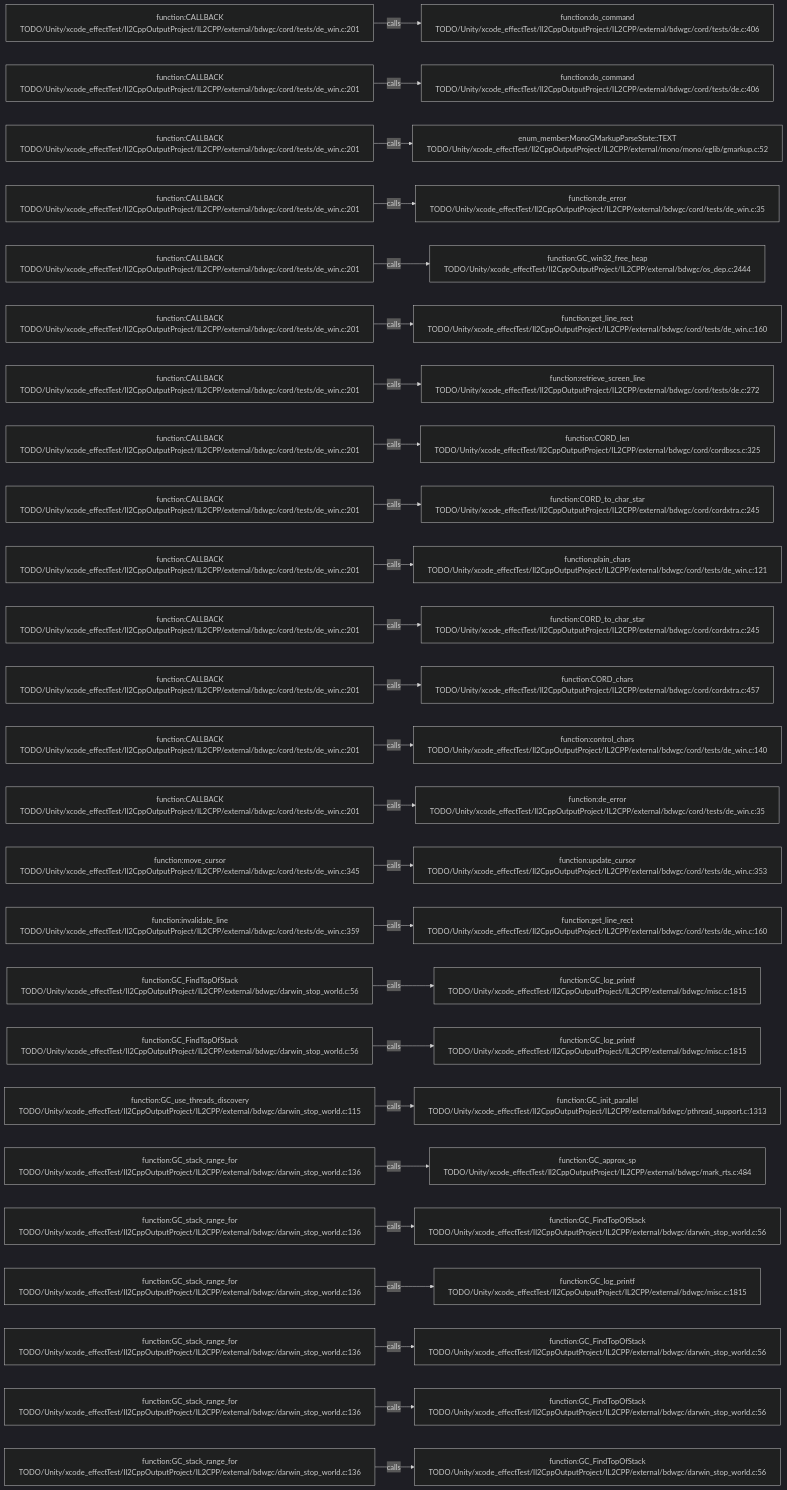
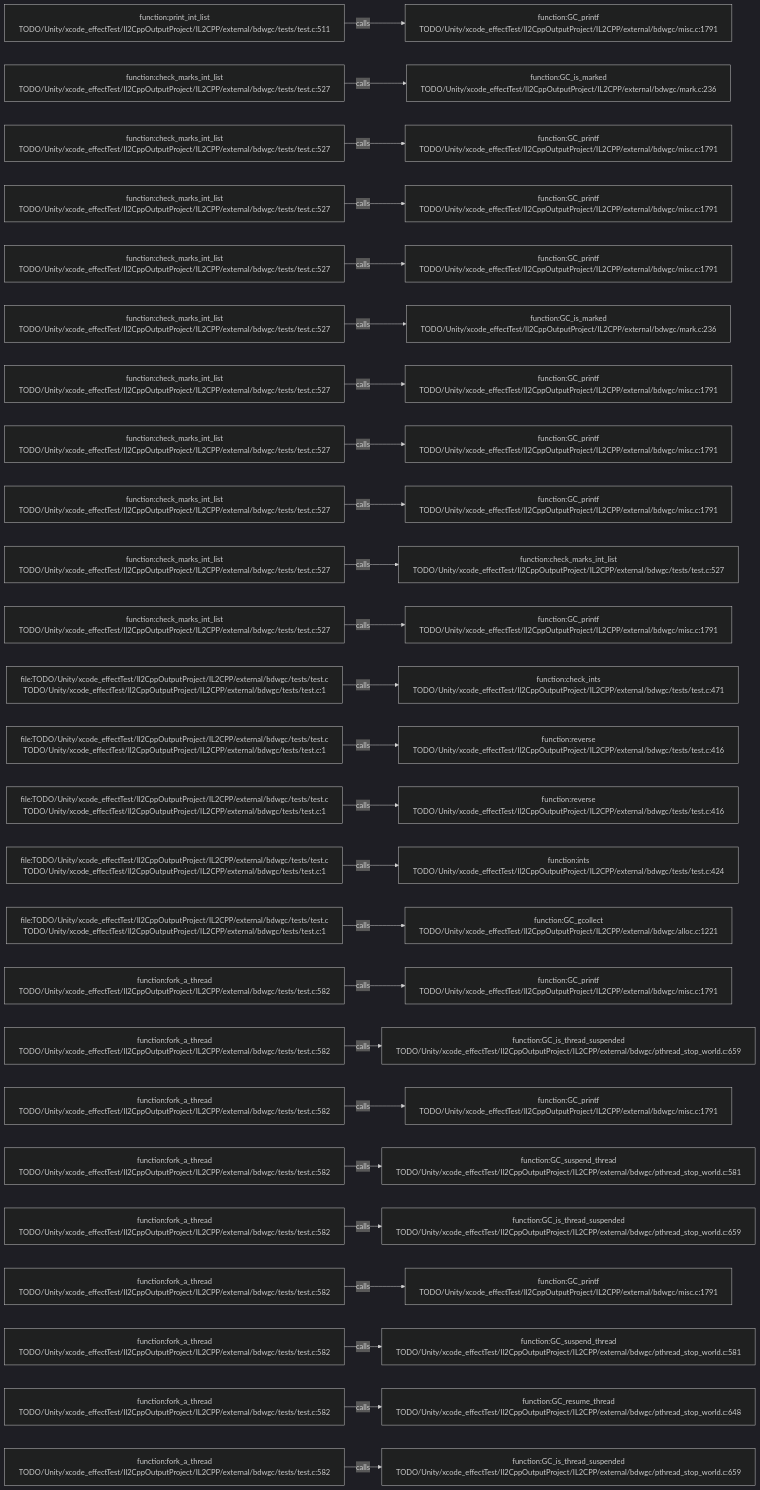
The diagram in .codegraph/codegraph.md/graphs/calls-163.md (JobsKits/JobsSwiftBaseConfigDemo), drawn with Mermaid (dark theme) before and after one commit. The commit also changed 227 other files, not shown here.

````diff
--- a/.codegraph/codegraph.md/graphs/calls-163.md
+++ b/.codegraph/codegraph.md/graphs/calls-163.md
@@ -13,78 +13,78 @@
 ```mermaid
 flowchart LR
-  S1["function:CALLBACK<br/>TODO/Unity/xcode_effectTest/Il2CppOutputProject/IL2CPP/external/bdwgc/cord/tests/de_win.c:201"]
-  T1["function:do_command<br/>TODO/Unity/xcode_effectTest/Il2CppOutputProject/IL2CPP/external/bdwgc/cord/tests/de.c:406"]
+  S1["function:print_int_list<br/>TODO/Unity/xcode_effectTest/Il2CppOutputProject/IL2CPP/external/bdwgc/tests/test.c:511"]
+  T1["function:GC_printf<br/>TODO/Unity/xcode_effectTest/Il2CppOutputProject/IL2CPP/external/bdwgc/misc.c:1791"]
   S1 -->|calls| T1
-  S2["function:CALLBACK<br/>TODO/Unity/xcode_effectTest/Il2CppOutputProject/IL2CPP/external/bdwgc/cord/tests/de_win.c:201"]
-  T2["function:do_command<br/>TODO/Unity/xcode_effectTest/Il2CppOutputProject/IL2CPP/external/bdwgc/cord/tests/de.c:406"]
+  S2["function:check_marks_int_list<br/>TODO/Unity/xcode_effectTest/Il2CppOutputProject/IL2CPP/external/bdwgc/tests/test.c:527"]
+  T2["function:GC_is_marked<br/>TODO/Unity/xcode_effectTest/Il2CppOutputProject/IL2CPP/external/bdwgc/mark.c:236"]
   S2 -->|calls| T2
-  S3["function:CALLBACK<br/>TODO/Unity/xcode_effectTest/Il2CppOutputProject/IL2CPP/external/bdwgc/cord/tests/de_win.c:201"]
-  T3["enum_member:MonoGMarkupParseState::TEXT<br/>TODO/Unity/xcode_effectTest/Il2CppOutputProject/IL2CPP/external/mono/mono/eglib/gmarkup.c:52"]
+  S3["function:check_marks_int_list<br/>TODO/Unity/xcode_effectTest/Il2CppOutputProject/IL2CPP/external/bdwgc/tests/test.c:527"]
+  T3["function:GC_printf<br/>TODO/Unity/xcode_effectTest/Il2CppOutputProject/IL2CPP/external/bdwgc/misc.c:1791"]
   S3 -->|calls| T3
-  S4["function:CALLBACK<br/>TODO/Unity/xcode_effectTest/Il2CppOutputProject/IL2CPP/external/bdwgc/cord/tests/de_win.c:201"]
-  T4["function:de_error<br/>TODO/Unity/xcode_effectTest/Il2CppOutputProject/IL2CPP/external/bdwgc/cord/tests/de_win.c:35"]
+  S4["function:check_marks_int_list<br/>TODO/Unity/xcode_effectTest/Il2CppOutputProject/IL2CPP/external/bdwgc/tests/test.c:527"]
+  T4["function:GC_printf<br/>TODO/Unity/xcode_effectTest/Il2CppOutputProject/IL2CPP/external/bdwgc/misc.c:1791"]
   S4 -->|calls| T4
-  S5["function:CALLBACK<br/>TODO/Unity/xcode_effectTest/Il2CppOutputProject/IL2CPP/external/bdwgc/cord/tests/de_win.c:201"]
-  T5["function:GC_win32_free_heap<br/>TODO/Unity/xcode_effectTest/Il2CppOutputProject/IL2CPP/external/bdwgc/os_dep.c:2444"]
+  S5["function:check_marks_int_list<br/>TODO/Unity/xcode_effectTest/Il2CppOutputProject/IL2CPP/external/bdwgc/tests/test.c:527"]
+  T5["function:GC_printf<br/>TODO/Unity/xcode_effectTest/Il2CppOutputProject/IL2CPP/external/bdwgc/misc.c:1791"]
   S5 -->|calls| T5
-  S6["function:CALLBACK<br/>TODO/Unity/xcode_effectTest/Il2CppOutputProject/IL2CPP/external/bdwgc/cord/tests/de_win.c:201"]
-  T6["function:get_line_rect<br/>TODO/Unity/xcode_effectTest/Il2CppOutputProject/IL2CPP/external/bdwgc/cord/tests/de_win.c:160"]
+  S6["function:check_marks_int_list<br/>TODO/Unity/xcode_effectTest/Il2CppOutputProject/IL2CPP/external/bdwgc/tests/test.c:527"]
+  T6["function:GC_is_marked<br/>TODO/Unity/xcode_effectTest/Il2CppOutputProject/IL2CPP/external/bdwgc/mark.c:236"]
   S6 -->|calls| T6
-  S7["function:CALLBACK<br/>TODO/Unity/xcode_effectTest/Il2CppOutputProject/IL2CPP/external/bdwgc/cord/tests/de_win.c:201"]
-  T7["function:retrieve_screen_line<br/>TODO/Unity/xcode_effectTest/Il2CppOutputProject/IL2CPP/external/bdwgc/cord/tests/de.c:272"]
+  S7["function:check_marks_int_list<br/>TODO/Unity/xcode_effectTest/Il2CppOutputProject/IL2CPP/external/bdwgc/tests/test.c:527"]
+  T7["function:GC_printf<br/>TODO/Unity/xcode_effectTest/Il2CppOutputProject/IL2CPP/external/bdwgc/misc.c:1791"]
   S7 -->|calls| T7
-  S8["function:CALLBACK<br/>TODO/Unity/xcode_effectTest/Il2CppOutputProject/IL2CPP/external/bdwgc/cord/tests/de_win.c:201"]
-  T8["function:CORD_len<br/>TODO/Unity/xcode_effectTest/Il2CppOutputProject/IL2CPP/external/bdwgc/cord/cordbscs.c:325"]
+  S8["function:check_marks_int_list<br/>TODO/Unity/xcode_effectTest/Il2CppOutputProject/IL2CPP/external/bdwgc/tests/test.c:527"]
+  T8["function:GC_printf<br/>TODO/Unity/xcode_effectTest/Il2CppOutputProject/IL2CPP/external/bdwgc/misc.c:1791"]
   S8 -->|calls| T8
-  S9["function:CALLBACK<br/>TODO/Unity/xcode_effectTest/Il2CppOutputProject/IL2CPP/external/bdwgc/cord/tests/de_win.c:201"]
-  T9["function:CORD_to_char_star<br/>TODO/Unity/xcode_effectTest/Il2CppOutputProject/IL2CPP/external/bdwgc/cord/cordxtra.c:245"]
+  S9["function:check_marks_int_list<br/>TODO/Unity/xcode_effectTest/Il2CppOutputProject/IL2CPP/external/bdwgc/tests/test.c:527"]
+  T9["function:GC_printf<br/>TODO/Unity/xcode_effectTest/Il2CppOutputProject/IL2CPP/external/bdwgc/misc.c:1791"]
   S9 -->|calls| T9
-  S10["function:CALLBACK<br/>TODO/Unity/xcode_effectTest/Il2CppOutputProject/IL2CPP/external/bdwgc/cord/tests/de_win.c:201"]
-  T10["function:plain_chars<br/>TODO/Unity/xcode_effectTest/Il2CppOutputProject/IL2CPP/external/bdwgc/cord/tests/de_win.c:121"]
+  S10["function:check_marks_int_list<br/>TODO/Unity/xcode_effectTest/Il2CppOutputProject/IL2CPP/external/bdwgc/tests/test.c:527"]
+  T10["function:check_marks_int_list<br/>TODO/Unity/xcode_effectTest/Il2CppOutputProject/IL2CPP/external/bdwgc/tests/test.c:527"]
   S10 -->|calls| T10
-  S11["function:CALLBACK<br/>TODO/Unity/xcode_effectTest/Il2CppOutputProject/IL2CPP/external/bdwgc/cord/tests/de_win.c:201"]
-  T11["function:CORD_to_char_star<br/>TODO/Unity/xcode_effectTest/Il2CppOutputProject/IL2CPP/external/bdwgc/cord/cordxtra.c:245"]
+  S11["function:check_marks_int_list<br/>TODO/Unity/xcode_effectTest/Il2CppOutputProject/IL2CPP/external/bdwgc/tests/test.c:527"]
+  T11["function:GC_printf<br/>TODO/Unity/xcode_effectTest/Il2CppOutputProject/IL2CPP/external/bdwgc/misc.c:1791"]
   S11 -->|calls| T11
-  S12["function:CALLBACK<br/>TODO/Unity/xcode_effectTest/Il2CppOutputProject/IL2CPP/external/bdwgc/cord/tests/de_win.c:201"]
-  T12["function:CORD_chars<br/>TODO/Unity/xcode_effectTest/Il2CppOutputProject/IL2CPP/external/bdwgc/cord/cordxtra.c:457"]
+  S12["file:TODO/Unity/xcode_effectTest/Il2CppOutputProject/IL2CPP/external/bdwgc/tests/test.c<br/>TODO/Unity/xcode_effectTest/Il2CppOutputProject/IL2CPP/external/bdwgc/tests/test.c:1"]
+  T12["function:check_ints<br/>TODO/Unity/xcode_effectTest/Il2CppOutputProject/IL2CPP/external/bdwgc/tests/test.c:471"]
   S12 -->|calls| T12
-  S13["function:CALLBACK<br/>TODO/Unity/xcode_effectTest/Il2CppOutputProject/IL2CPP/external/bdwgc/cord/tests/de_win.c:201"]
-  T13["function:control_chars<br/>TODO/Unity/xcode_effectTest/Il2CppOutputProject/IL2CPP/external/bdwgc/cord/tests/de_win.c:140"]
+  S13["file:TODO/Unity/xcode_effectTest/Il2CppOutputProject/IL2CPP/external/bdwgc/tests/test.c<br/>TODO/Unity/xcode_effectTest/Il2CppOutputProject/IL2CPP/external/bdwgc/tests/test.c:1"]
+  T13["function:reverse<br/>TODO/Unity/xcode_effectTest/Il2CppOutputProject/IL2CPP/external/bdwgc/tests/test.c:416"]
   S13 -->|calls| T13
-  S14["function:CALLBACK<br/>TODO/Unity/xcode_effectTest/Il2CppOutputProject/IL2CPP/external/bdwgc/cord/tests/de_win.c:201"]
-  T14["function:de_error<br/>TODO/Unity/xcode_effectTest/Il2CppOutputProject/IL2CPP/external/bdwgc/cord/tests/de_win.c:35"]
+  S14["file:TODO/Unity/xcode_effectTest/Il2CppOutputProject/IL2CPP/external/bdwgc/tests/test.c<br/>TODO/Unity/xcode_effectTest/Il2CppOutputProject/IL2CPP/external/bdwgc/tests/test.c:1"]
+  T14["function:reverse<br/>TODO/Unity/xcode_effectTest/Il2CppOutputProject/IL2CPP/external/bdwgc/tests/test.c:416"]
   S14 -->|calls| T14
-  S15["function:move_cursor<br/>TODO/Unity/xcode_effectTest/Il2CppOutputProject/IL2CPP/external/bdwgc/cord/tests/de_win.c:345"]
-  T15["function:update_cursor<br/>TODO/Unity/xcode_effectTest/Il2CppOutputProject/IL2CPP/external/bdwgc/cord/tests/de_win.c:353"]
+  S15["file:TODO/Unity/xcode_effectTest/Il2CppOutputProject/IL2CPP/external/bdwgc/tests/test.c<br/>TODO/Unity/xcode_effectTest/Il2CppOutputProject/IL2CPP/external/bdwgc/tests/test.c:1"]
+  T15["function:ints<br/>TODO/Unity/xcode_effectTest/Il2CppOutputProject/IL2CPP/external/bdwgc/tests/test.c:424"]
   S15 -->|calls| T15
-  S16["function:invalidate_line<br/>TODO/Unity/xcode_effectTest/Il2CppOutputProject/IL2CPP/external/bdwgc/cord/tests/de_win.c:359"]
-  T16["function:get_line_rect<br/>TODO/Unity/xcode_effectTest/Il2CppOutputProject/IL2CPP/external/bdwgc/cord/tests/de_win.c:160"]
+  S16["file:TODO/Unity/xcode_effectTest/Il2CppOutputProject/IL2CPP/external/bdwgc/tests/test.c<br/>TODO/Unity/xcode_effectTest/Il2CppOutputProject/IL2CPP/external/bdwgc/tests/test.c:1"]
+  T16["function:GC_gcollect<br/>TODO/Unity/xcode_effectTest/Il2CppOutputProject/IL2CPP/external/bdwgc/alloc.c:1221"]
   S16 -->|calls| T16
-  S17["function:GC_FindTopOfStack<br/>TODO/Unity/xcode_effectTest/Il2CppOutputProject/IL2CPP/external/bdwgc/darwin_stop_world.c:56"]
-  T17["function:GC_log_printf<br/>TODO/Unity/xcode_effectTest/Il2CppOutputProject/IL2CPP/external/bdwgc/misc.c:1815"]
+  S17["function:fork_a_thread<br/>TODO/Unity/xcode_effectTest/Il2CppOutputProject/IL2CPP/external/bdwgc/tests/test.c:582"]
+  T17["function:GC_printf<br/>TODO/Unity/xcode_effectTest/Il2CppOutputProject/IL2CPP/external/bdwgc/misc.c:1791"]
   S17 -->|calls| T17
-  S18["function:GC_FindTopOfStack<br/>TODO/Unity/xcode_effectTest/Il2CppOutputProject/IL2CPP/external/bdwgc/darwin_stop_world.c:56"]
-  T18["function:GC_log_printf<br/>TODO/Unity/xcode_effectTest/Il2CppOutputProject/IL2CPP/external/bdwgc/misc.c:1815"]
+  S18["function:fork_a_thread<br/>TODO/Unity/xcode_effectTest/Il2CppOutputProject/IL2CPP/external/bdwgc/tests/test.c:582"]
+  T18["function:GC_is_thread_suspended<br/>TODO/Unity/xcode_effectTest/Il2CppOutputProject/IL2CPP/external/bdwgc/pthread_stop_world.c:659"]
   S18 -->|calls| T18
-  S19["function:GC_use_threads_discovery<br/>TODO/Unity/xcode_effectTest/Il2CppOutputProject/IL2CPP/external/bdwgc/darwin_stop_world.c:115"]
-  T19["function:GC_init_parallel<br/>TODO/Unity/xcode_effectTest/Il2CppOutputProject/IL2CPP/external/bdwgc/pthread_support.c:1313"]
+  S19["function:fork_a_thread<br/>TODO/Unity/xcode_effectTest/Il2CppOutputProject/IL2CPP/external/bdwgc/tests/test.c:582"]
+  T19["function:GC_printf<br/>TODO/Unity/xcode_effectTest/Il2CppOutputProject/IL2CPP/external/bdwgc/misc.c:1791"]
   S19 -->|calls| T19
-  S20["function:GC_stack_range_for<br/>TODO/Unity/xcode_effectTest/Il2CppOutputProject/IL2CPP/external/bdwgc/darwin_stop_world.c:136"]
-  T20["function:GC_approx_sp<br/>TODO/Unity/xcode_effectTest/Il2CppOutputProject/IL2CPP/external/bdwgc/mark_rts.c:484"]
+  S20["function:fork_a_thread<br/>TODO/Unity/xcode_effectTest/Il2CppOutputProject/IL2CPP/external/bdwgc/tests/test.c:582"]
+  T20["function:GC_suspend_thread<br/>TODO/Unity/xcode_effectTest/Il2CppOutputProject/IL2CPP/external/bdwgc/pthread_stop_world.c:581"]
   S20 -->|calls| T20
-  S21["function:GC_stack_range_for<br/>TODO/Unity/xcode_effectTest/Il2CppOutputProject/IL2CPP/external/bdwgc/darwin_stop_world.c:136"]
-  T21["function:GC_FindTopOfStack<br/>TODO/Unity/xcode_effectTest/Il2CppOutputProject/IL2CPP/external/bdwgc/darwin_stop_world.c:56"]
+  S21["function:fork_a_thread<br/>TODO/Unity/xcode_effectTest/Il2CppOutputProject/IL2CPP/external/bdwgc/tests/test.c:582"]
+  T21["function:GC_is_thread_suspended<br/>TODO/Unity/xcode_effectTest/Il2CppOutputProject/IL2CPP/external/bdwgc/pthread_stop_world.c:659"]
   S21 -->|calls| T21
-  S22["function:GC_stack_range_for<br/>TODO/Unity/xcode_effectTest/Il2CppOutputProject/IL2CPP/external/bdwgc/darwin_stop_world.c:136"]
-  T22["function:GC_log_printf<br/>TODO/Unity/xcode_effectTest/Il2CppOutputProject/IL2CPP/external/bdwgc/misc.c:1815"]
+  S22["function:fork_a_thread<br/>TODO/Unity/xcode_effectTest/Il2CppOutputProject/IL2CPP/external/bdwgc/tests/test.c:582"]
+  T22["function:GC_printf<br/>TODO/Unity/xcode_effectTest/Il2CppOutputProject/IL2CPP/external/bdwgc/misc.c:1791"]
   S22 -->|calls| T22
-  S23["function:GC_stack_range_for<br/>TODO/Unity/xcode_effectTest/Il2CppOutputProject/IL2CPP/external/bdwgc/darwin_stop_world.c:136"]
-  T23["function:GC_FindTopOfStack<br/>TODO/Unity/xcode_effectTest/Il2CppOutputProject/IL2CPP/external/bdwgc/darwin_stop_world.c:56"]
+  S23["function:fork_a_thread<br/>TODO/Unity/xcode_effectTest/Il2CppOutputProject/IL2CPP/external/bdwgc/tests/test.c:582"]
+  T23["function:GC_suspend_thread<br/>TODO/Unity/xcode_effectTest/Il2CppOutputProject/IL2CPP/external/bdwgc/pthread_stop_world.c:581"]
   S23 -->|calls| T23
-  S24["function:GC_stack_range_for<br/>TODO/Unity/xcode_effectTest/Il2CppOutputProject/IL2CPP/external/bdwgc/darwin_stop_world.c:136"]
-  T24["function:GC_FindTopOfStack<br/>TODO/Unity/xcode_effectTest/Il2CppOutputProject/IL2CPP/external/bdwgc/darwin_stop_world.c:56"]
+  S24["function:fork_a_thread<br/>TODO/Unity/xcode_effectTest/Il2CppOutputProject/IL2CPP/external/bdwgc/tests/test.c:582"]
+  T24["function:GC_resume_thread<br/>TODO/Unity/xcode_effectTest/Il2CppOutputProject/IL2CPP/external/bdwgc/pthread_stop_world.c:648"]
   S24 -->|calls| T24
-  S25["function:GC_stack_range_for<br/>TODO/Unity/xcode_effectTest/Il2CppOutputProject/IL2CPP/external/bdwgc/darwin_stop_world.c:136"]
-  T25["function:GC_FindTopOfStack<br/>TODO/Unity/xcode_effectTest/Il2CppOutputProject/IL2CPP/external/bdwgc/darwin_stop_world.c:56"]
+  S25["function:fork_a_thread<br/>TODO/Unity/xcode_effectTest/Il2CppOutputProject/IL2CPP/external/bdwgc/tests/test.c:582"]
+  T25["function:GC_is_thread_suspended<br/>TODO/Unity/xcode_effectTest/Il2CppOutputProject/IL2CPP/external/bdwgc/pthread_stop_world.c:659"]
   S25 -->|calls| T25
 ```
````
